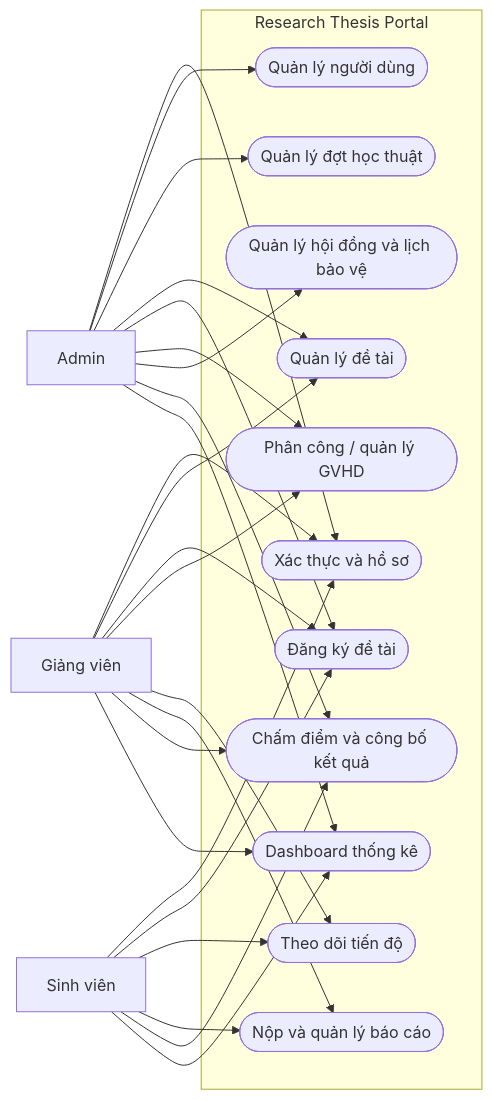
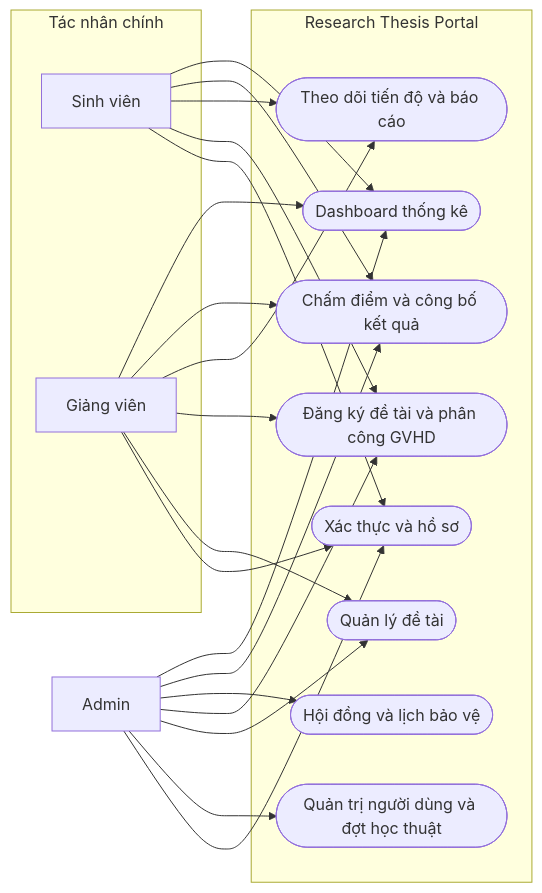
Before and after one commit to VanTruong475/research-thesis-portal: the first of 13 diagrams in docs/diagrams_research_thesis_portal.md, drawn with Mermaid.

Commit message:
docs(diagrams): add thesis report diagram2s

````diff
--- a/docs/diagrams_research_thesis_portal.md
+++ b/docs/diagrams_research_thesis_portal.md
@@ -11,46 +11,41 @@
 ```mermaid
 flowchart LR
-    Student["Sinh viên"]
-    Lecturer["Giảng viên"]
-    Admin["Admin"]
+    subgraph ActorsLeft["Tác nhân chính"]
+        Student["Sinh viên"]
+        Lecturer["Giảng viên"]
+    end
 
     subgraph System["Research Thesis Portal"]
         UC_Auth(["Xác thực và hồ sơ"])
-        UC_UserManagement(["Quản lý người dùng"])
-        UC_PeriodManagement(["Quản lý đợt học thuật"])
-        UC_TopicManagement(["Quản lý đề tài"])
-        UC_Registration(["Đăng ký đề tài"])
-        UC_Supervision(["Phân công / quản lý GVHD"])
-        UC_Progress(["Theo dõi tiến độ"])
-        UC_Report(["Nộp và quản lý báo cáo"])
-        UC_Council(["Quản lý hội đồng và lịch bảo vệ"])
-        UC_Evaluation(["Chấm điểm và công bố kết quả"])
+        UC_AdminBase(["Quản trị người dùng và đợt học thuật"])
+        UC_Topic(["Quản lý đề tài"])
+        UC_Registration(["Đăng ký đề tài và phân công GVHD"])
+        UC_ProgressReport(["Theo dõi tiến độ và báo cáo"])
+        UC_Council(["Hội đồng và lịch bảo vệ"])
+        UC_Result(["Chấm điểm và công bố kết quả"])
         UC_Dashboard(["Dashboard thống kê"])
     end
 
+    Admin["Admin"]
+
     Student --> UC_Auth
     Student --> UC_Registration
-    Student --> UC_Progress
-    Student --> UC_Report
-    Student --> UC_Evaluation
+    Student --> UC_ProgressReport
+    Student --> UC_Result
     Student --> UC_Dashboard
 
     Lecturer --> UC_Auth
-    Lecturer --> UC_TopicManagement
+    Lecturer --> UC_Topic
     Lecturer --> UC_Registration
-    Lecturer --> UC_Supervision
-    Lecturer --> UC_Progress
-    Lecturer --> UC_Report
-    Lecturer --> UC_Evaluation
+    Lecturer --> UC_ProgressReport
+    Lecturer --> UC_Result
     Lecturer --> UC_Dashboard
 
     Admin --> UC_Auth
-    Admin --> UC_UserManagement
-    Admin --> UC_PeriodManagement
-    Admin --> UC_TopicManagement
+    Admin --> UC_AdminBase
+    Admin --> UC_Topic
     Admin --> UC_Registration
-    Admin --> UC_Supervision
     Admin --> UC_Council
-    Admin --> UC_Evaluation
+    Admin --> UC_Result
     Admin --> UC_Dashboard
 ```
````
